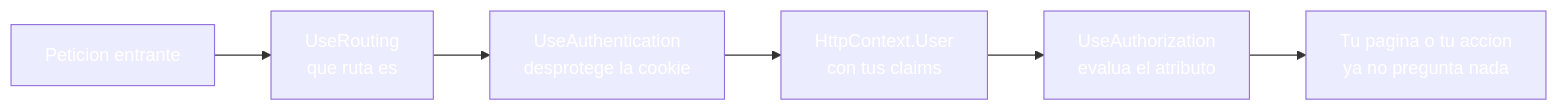
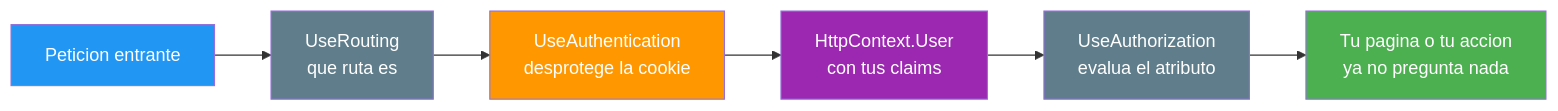
One commit to joseluisgs/DesarrolloWebEntornosServidor-03-2026-2027 changed the sixth of 8 diagrams in 19-autenticacion-identity.md. Above: the diagram before and after it, drawn with Mermaid. The commit also changed other lines of this file and 25 other files, not shown here.

Commit message:
docs: corregir los estilos Mermaid de los temas y alinear el dominio del tema 25 con ProductosApp

````diff
--- a/19-autenticacion-identity.md
+++ b/19-autenticacion-identity.md
@@ -302,14 +302,14 @@
 ```mermaid
 graph LR
     P["Peticion entrante"] --> R["UseRouting<br/>que ruta es"]
     R --> A["UseAuthentication<br/>desprotege la cookie"]
     A --> U["HttpContext.User<br/>con tus claims"]
     U --> Z["UseAuthorization<br/>evalua el atributo"]
     Z --> F["Tu pagina o tu accion<br/>ya no pregunta nada"]
-    style P fill:#2196F,color:#fff3,color:#fff
-    style R fill:#607D8,color:#fffB,color:#fff
-    style A fill:#FF980,color:#fff0,color:#fff
-    style U fill:#9C27B,color:#fff0,color:#fff
-    style Z fill:#607D8,color:#fffB,color:#fff
-    style F fill:#4CAF5,color:#fff0,color:#fff
+    style P fill:#2196F3,color:#fff
+    style R fill:#607D8B,color:#fff
+    style A fill:#FF9800,color:#fff
+    style U fill:#9C27B0,color:#fff
+    style Z fill:#607D8B,color:#fff
+    style F fill:#4CAF50,color:#fff
 ```
````
